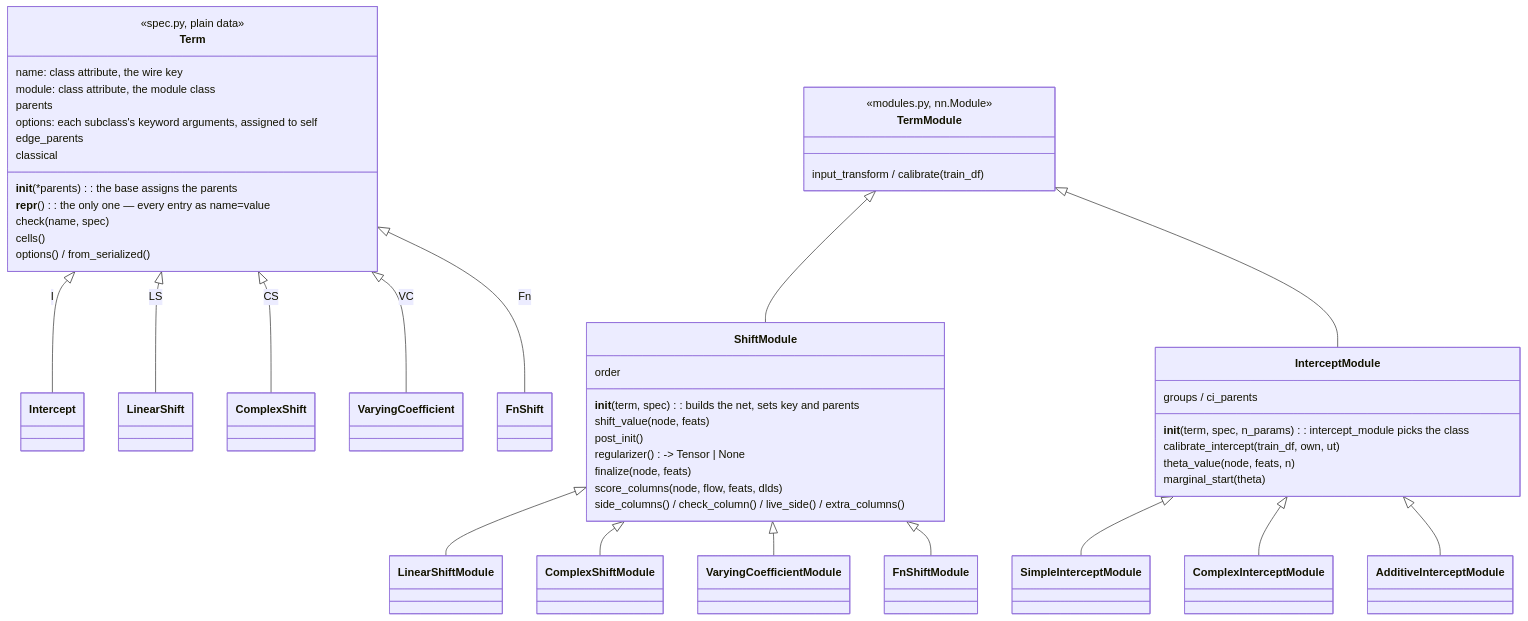
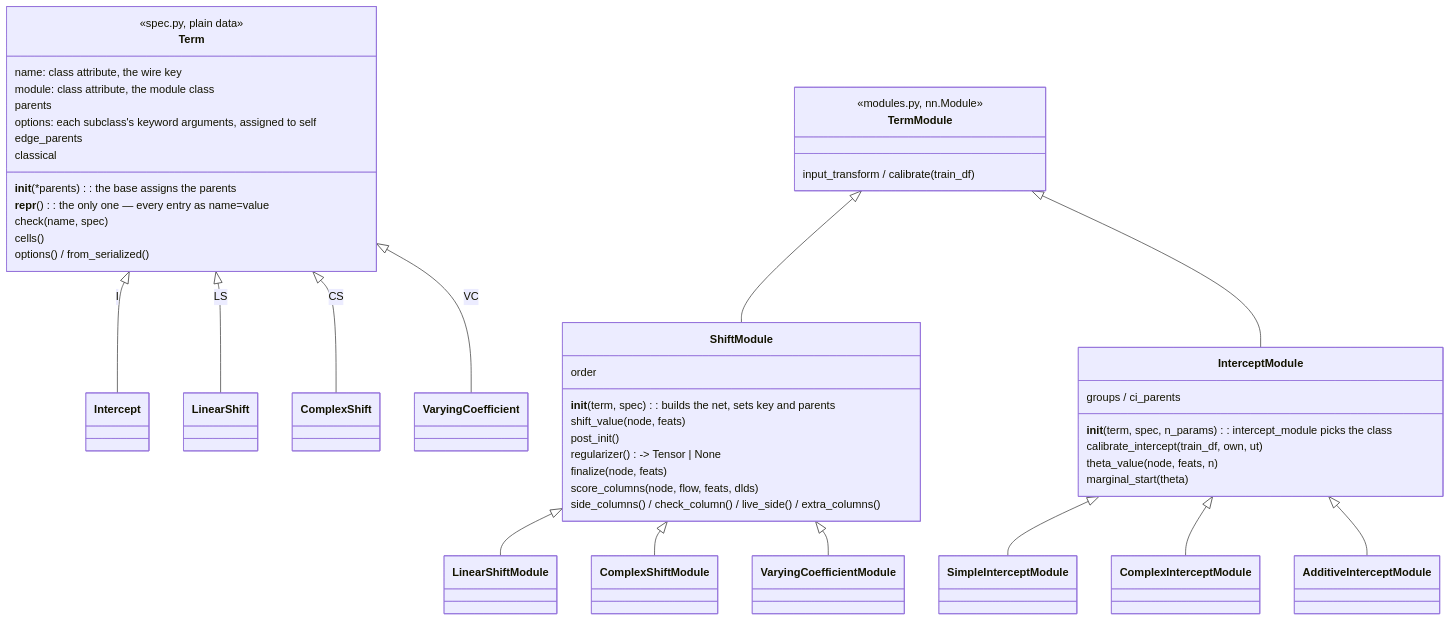
The second of 6 diagrams in docs/architecture.md (tensorchiefs/tramdag), drawn with Mermaid before and after one commit. The commit also changed other lines of this file and 12 other files, not shown here.

````diff
--- a/docs/architecture.md
+++ b/docs/architecture.md
@@ -53,52 +53,50 @@
 ```mermaid
 classDiagram
     class Term {
         <<spec.py, plain data>>
         name: class attribute, the wire key
         module: class attribute, the module class
         parents
         __init__(*parents): the base assigns the parents
         options: each subclass's keyword arguments, assigned to self
         __repr__(): the only one — every entry as name=value
         check(name, spec)
         edge_parents
         cells()
         classical
         options() / from_serialized()
     }
     Term <|-- Intercept : I
     Term <|-- LinearShift : LS
     Term <|-- ComplexShift : CS
     Term <|-- VaryingCoefficient : VC
-    Term <|-- FnShift : Fn
     class TermModule {
         <<modules.py, nn.Module>>
         input_transform / calibrate(train_df)
     }
     class ShiftModule {
         __init__(term, spec): builds the net, sets key and parents
         order
         shift_value(node, feats)
         post_init()
         regularizer() -> Tensor | None
         finalize(node, feats)
         score_columns(node, flow, feats, dlds)
         side_columns() / check_column() / live_side() / extra_columns()
     }
     class InterceptModule {
         __init__(term, spec, n_params): intercept_module picks the class
         groups / ci_parents
         calibrate_intercept(train_df, own, ut)
         theta_value(node, feats, n)
         marginal_start(theta)
     }
     TermModule <|-- ShiftModule
     TermModule <|-- InterceptModule
     ShiftModule <|-- LinearShiftModule
     ShiftModule <|-- ComplexShiftModule
     ShiftModule <|-- VaryingCoefficientModule
-    ShiftModule <|-- FnShiftModule
     InterceptModule <|-- SimpleInterceptModule
     InterceptModule <|-- ComplexInterceptModule
     InterceptModule <|-- AdditiveInterceptModule
 ```
````
